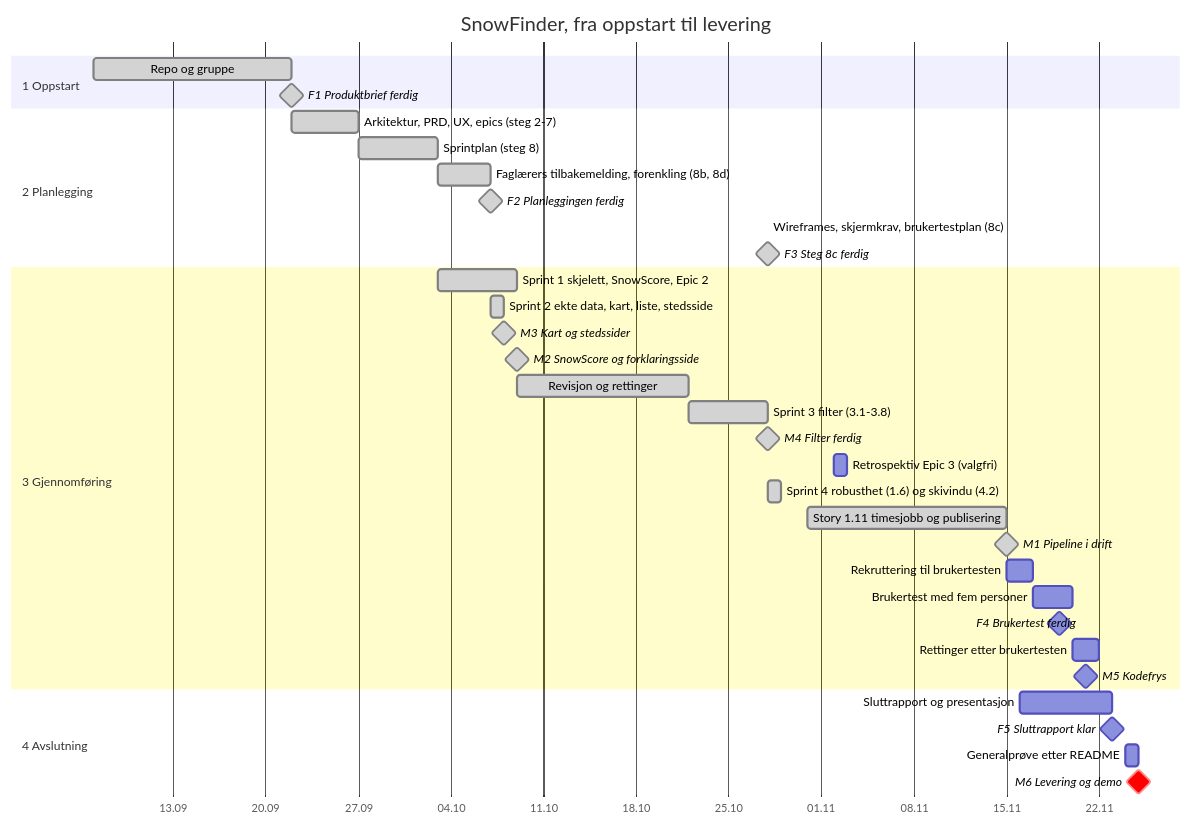
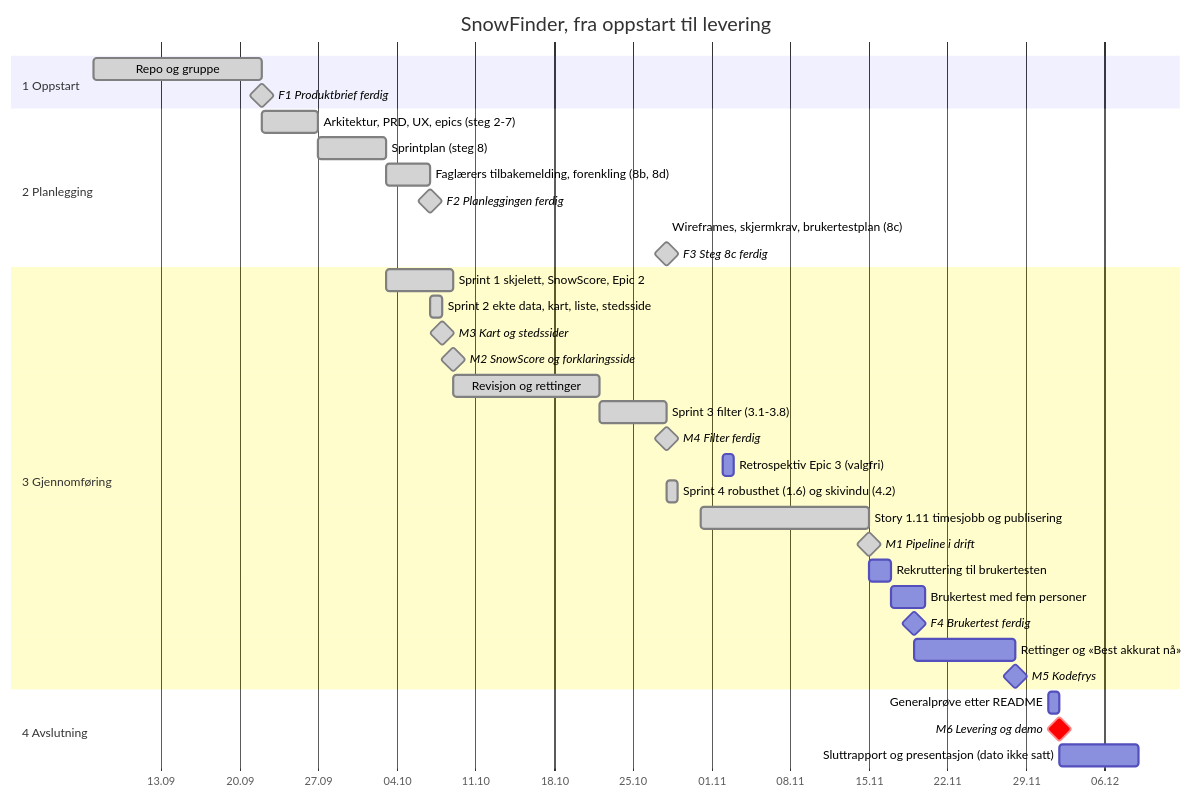
The diagram in project-phase-folders/3-Gjennomføringsfasen/fremdriftsplan.md (IBE160-2026/G18-bikila-dymbe-gela-james), drawn with Mermaid before and after one commit. The commit also changed other lines of this file and 4 other files, not shown here.

First line of the commit message:
docs: utsett kodefrys til 28. november og levering til 2. desember

````diff
--- a/project-phase-folders/3-Gjennomføringsfasen/fremdriftsplan.md
+++ b/project-phase-folders/3-Gjennomføringsfasen/fremdriftsplan.md
@@ -310,42 +322,41 @@
 ```mermaid
 gantt
     title SnowFinder, fra oppstart til levering
     dateFormat YYYY-MM-DD
     axisFormat %d.%m
 
     section 1 Oppstart
     Repo og gruppe                                : done, 2026-09-07, 2026-09-22
     F1 Produktbrief ferdig                        : milestone, done, 2026-09-22, 0d
 
     section 2 Planlegging
     Arkitektur, PRD, UX, epics (steg 2-7)         : done, 2026-09-22, 2026-09-27
     Sprintplan (steg 8)                           : done, 2026-09-27, 2026-10-03
     Faglærers tilbakemelding, forenkling (8b, 8d) : done, 2026-10-03, 2026-10-07
     F2 Planleggingen ferdig                       : milestone, done, 2026-10-07, 0d
     Wireframes, skjermkrav, brukertestplan (8c)   : done, 2026-10-28, 2026-10-28
     F3 Steg 8c ferdig                             : milestone, done, 2026-10-28, 0d
 
     section 3 Gjennomføring
     Sprint 1 skjelett, SnowScore, Epic 2          : done, 2026-10-03, 2026-10-09
     Sprint 2 ekte data, kart, liste, stedsside    : done, 2026-10-07, 2026-10-08
     M3 Kart og stedssider                         : milestone, done, 2026-10-08, 0d
     M2 SnowScore og forklaringsside               : milestone, done, 2026-10-09, 0d
     Revisjon og rettinger                         : done, 2026-10-09, 2026-10-22
     Sprint 3 filter (3.1-3.8)                     : done, 2026-10-22, 2026-10-28
     M4 Filter ferdig                              : milestone, done, 2026-10-28, 0d
     Retrospektiv Epic 3 (valgfri)                 : 2026-11-02, 2026-11-03
     Sprint 4 robusthet (1.6) og skivindu (4.2)    : done, 2026-10-28, 2026-10-29
     Story 1.11 timesjobb og publisering           : done, 2026-10-31, 2026-11-15
     M1 Pipeline i drift                           : milestone, done, 2026-11-15, 0d
     Rekruttering til brukertesten                 : 2026-11-15, 2026-11-17
     Brukertest med fem personer                   : 2026-11-17, 2026-11-20
     F4 Brukertest ferdig                          : milestone, 2026-11-19, 0d
-    Rettinger etter brukertesten                  : 2026-11-20, 2026-11-22
-    M5 Kodefrys                                   : milestone, 2026-11-21, 0d
+    Rettinger og «Best akkurat nå»                : 2026-11-19, 2026-11-28
+    M5 Kodefrys                                   : milestone, 2026-11-28, 0d
 
     section 4 Avslutning
-    Sluttrapport og presentasjon                  : 2026-11-16, 2026-11-23
-    F5 Sluttrapport klar                          : milestone, 2026-11-23, 0d
-    Generalprøve etter README                     : 2026-11-24, 2026-11-25
-    M6 Levering og demo                           : milestone, crit, 2026-11-25, 0d
+    Generalprøve etter README                     : 2026-12-01, 2026-12-02
+    M6 Levering og demo                           : milestone, crit, 2026-12-02, 0d
+    Sluttrapport og presentasjon (dato ikke satt) : 2026-12-02, 2026-12-09
 ```
````
